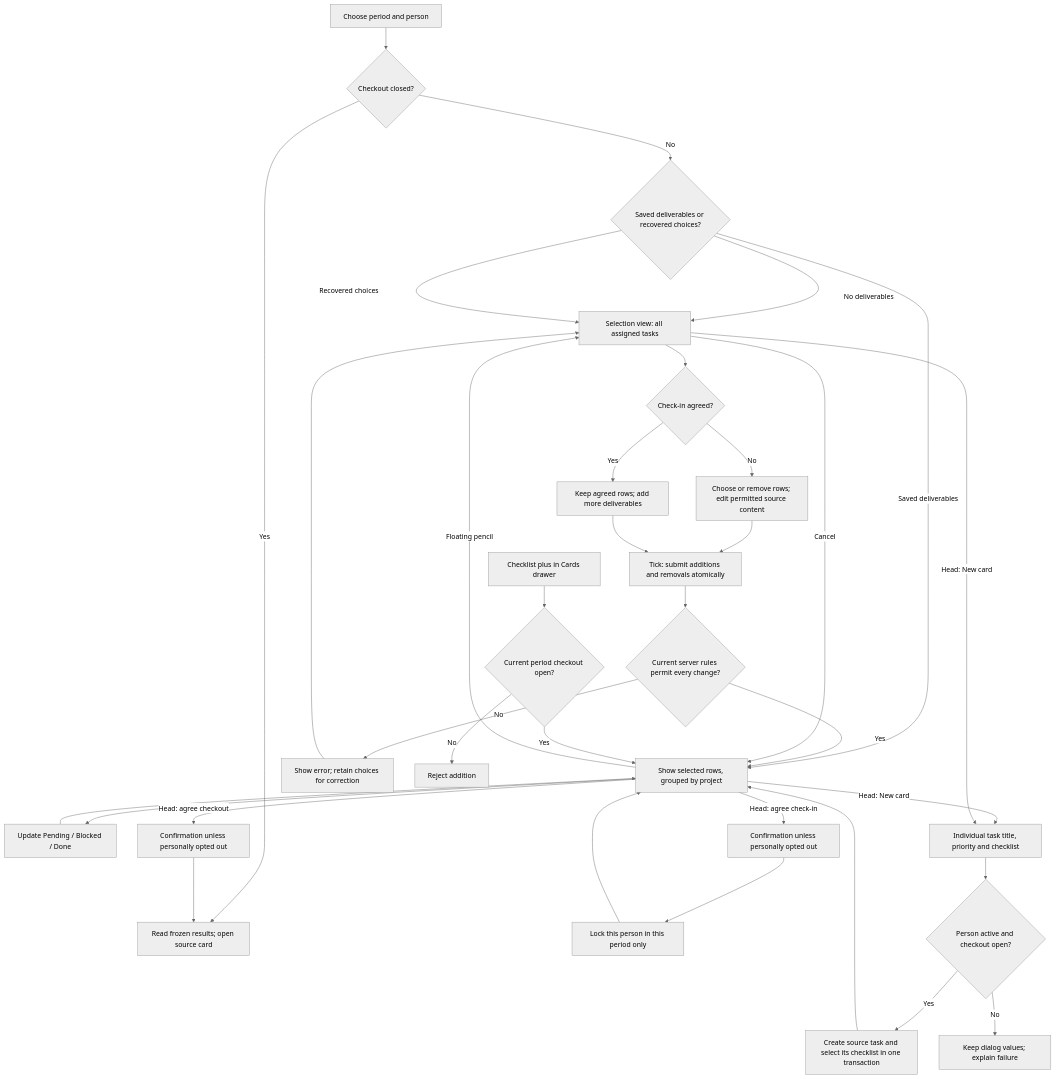
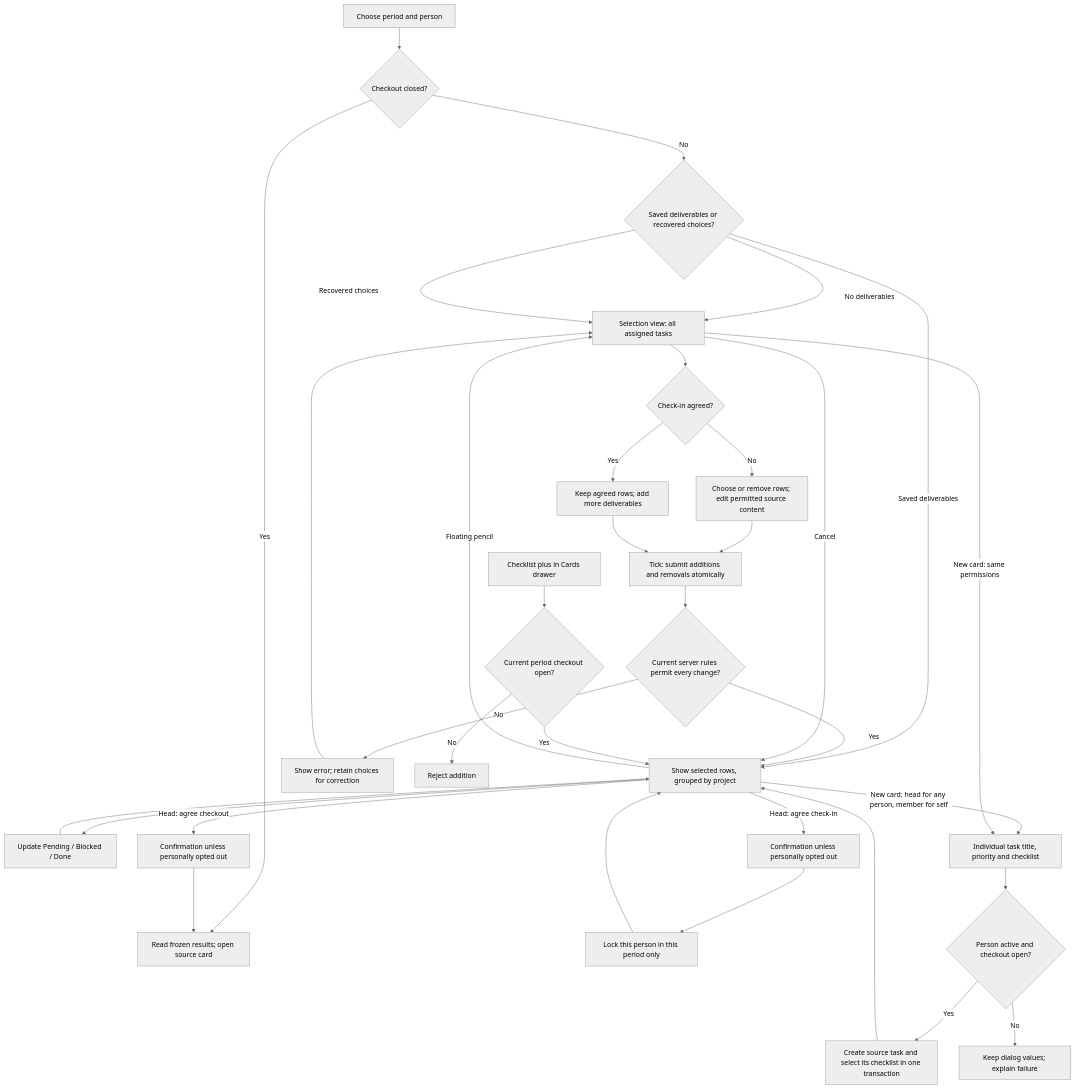
The diagram in docs/ops/PORTAL-WORKSPACE-2026-11.md (HidoyatRuzmetov/devon), drawn with Mermaid (neutral theme) before and after one commit. The commit also changed other lines of this file and 151 other files, not shown here.

````diff
--- a/docs/ops/PORTAL-WORKSPACE-2026-11.md
+++ b/docs/ops/PORTAL-WORKSPACE-2026-11.md
@@ -9,36 +9,36 @@
 ```mermaid
 flowchart TD
     A[Choose period and person] --> B{Checkout closed?}
     B -->|Yes| C[Read frozen results; open source card]
     B -->|No| D{Saved deliverables or recovered choices?}
     D -->|No deliverables| E[Selection view: all assigned tasks]
     D -->|Saved deliverables| F[Show selected rows, grouped by project]
     D -->|Recovered choices| E
     F -->|Floating pencil| E
     E --> G{Check-in agreed?}
     G -->|No| H[Choose or remove rows; edit permitted source content]
     G -->|Yes| I[Keep agreed rows; add more deliverables]
     H --> J[Tick: submit additions and removals atomically]
     I --> J
     J --> K{Current server rules permit every change?}
     K -->|Yes| F
     K -->|No| L[Show error; retain choices for correction]
     L --> E
     E -->|Cancel| F
     F --> M[Update Pending / Blocked / Done]
     M --> F
     F -->|Head: agree check-in| N[Confirmation unless personally opted out]
     N --> O[Lock this person in this period only]
     O --> F
     F -->|Head: agree checkout| P[Confirmation unless personally opted out]
     P --> C
     Q[Checklist plus in Cards drawer] --> R{Current period checkout open?}
     R -->|Yes| F
     R -->|No| S[Reject addition]
-    F -->|Head: New card| T[Individual task title, priority and checklist]
-    E -->|Head: New card| T
+    F -->|New card: head for any person, member for self| T[Individual task title, priority and checklist]
+    E -->|New card: same permissions| T
     T --> U{Person active and checkout open?}
     U -->|Yes| V[Create source task and select its checklist in one transaction]
     V --> F
     U -->|No| W[Keep dialog values; explain failure]
 ```
````
